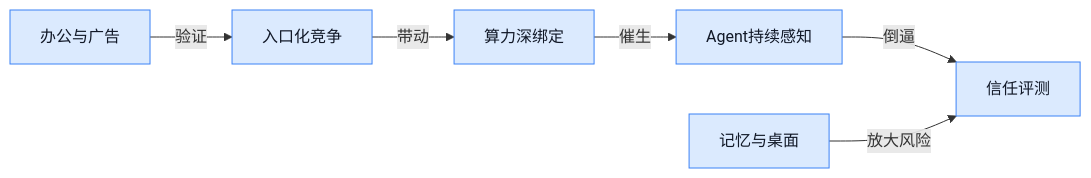
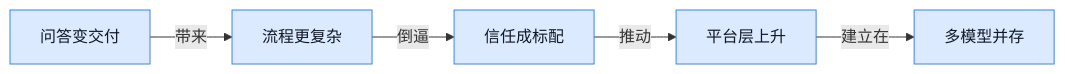
One commit to ylzsdafei/ai-daily-site changed the seventh of 8 diagrams in content/cn/blog/weekly/2026-W17.md. Above: the diagram before and after it, drawn with Mermaid. The commit also changed other lines of this file and 1 other file, not shown here.

````diff
--- a/content/cn/blog/weekly/2026-W17.md
+++ b/content/cn/blog/weekly/2026-W17.md
@@ -236,8 +247,9 @@
 ```mermaid
 graph LR
-A[入口化竞争] -->|带动| B[算力深绑定] -->|催生| C[Agent持续感知] -->|倒逼| D[信任评测]
-E[办公与广告] -->|验证| A
-F[记忆与桌面] -->|放大风险| D
+A[问答变交付] -->|带来| B[流程更复杂]
+B -->|倒逼| C[信任成标配]
+C -->|推动| D[平台层上升]
+D -->|建立在| E[多模型并存]
 classDef blue fill:#dbeafe,stroke:#3b82f6,color:#111827
-class A,B,C,D,E,F blue
+class A,B,C,D,E blue
 ```
````
